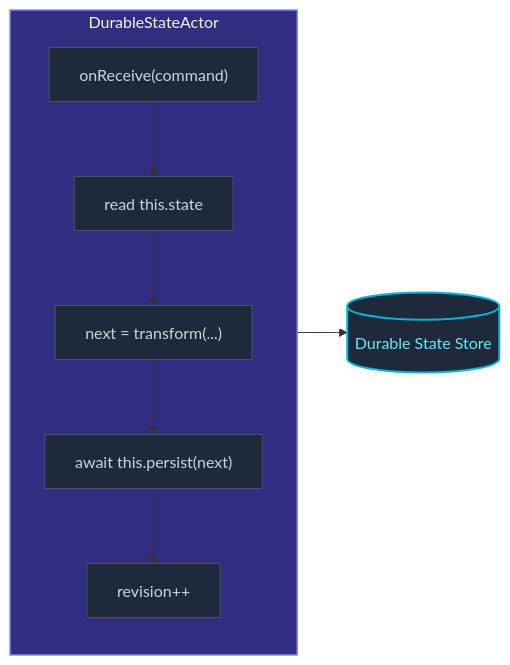
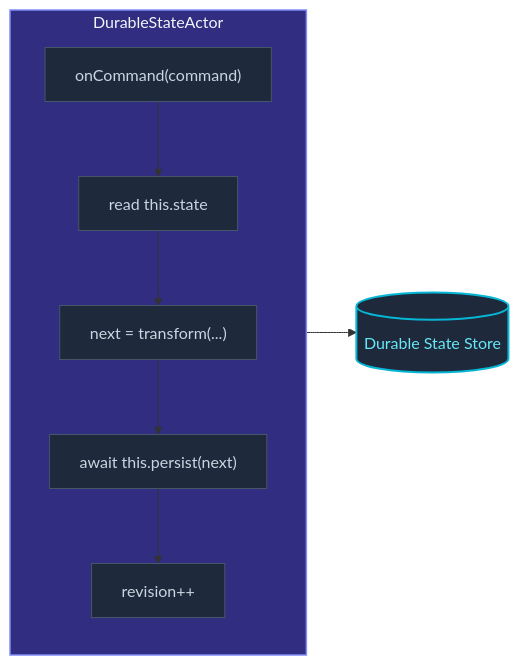
Before and after one commit to pathosDev/actor-ts: the diagram in docs/src/content/docs/persistence/durable-state.mdx, drawn with Mermaid. The commit also changed other lines of this file and 181 other files, not shown here.

````diff
--- a/docs/src/content/docs/persistence/durable-state.mdx
+++ b/docs/src/content/docs/persistence/durable-state.mdx
@@ -10,20 +10,20 @@
 ```mermaid
 flowchart LR
   subgraph DSA["DurableStateActor"]
     direction TB
-    CMD["onReceive(command)"]
+    CMD["onCommand(command)"]
     READ["read this.state"]
     NEXT["next = transform(...)"]
     PERSIST["await this.persist(next)"]
     REV["revision++"]
     CMD --> READ --> NEXT --> PERSIST --> REV
   end
   STORE[("Durable State Store")]
   PERSIST --> STORE
   classDef actor fill:#312e81,stroke:#818cf8,stroke-width:1.5px,color:#f1f5f9;
   classDef step  fill:#1e293b,stroke:#475569,color:#cbd5e1;
   classDef store fill:#1e293b,stroke:#06b6d4,stroke-width:2px,color:#67e8f9;
   class DSA actor
   class CMD,READ,NEXT,PERSIST,REV step
   class STORE store
 ```
````
